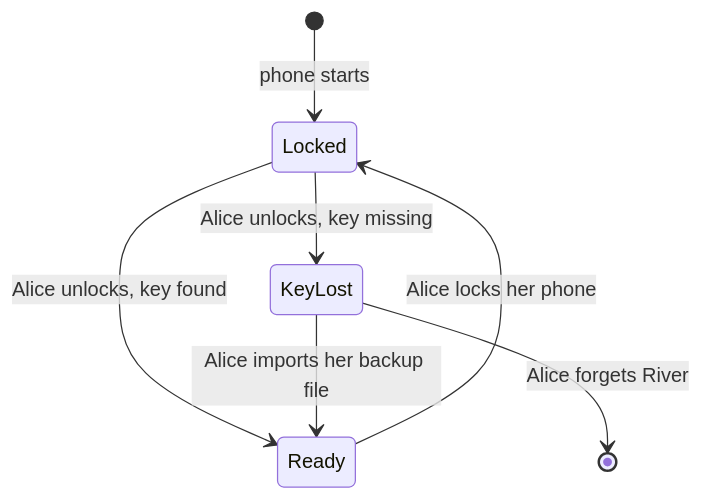
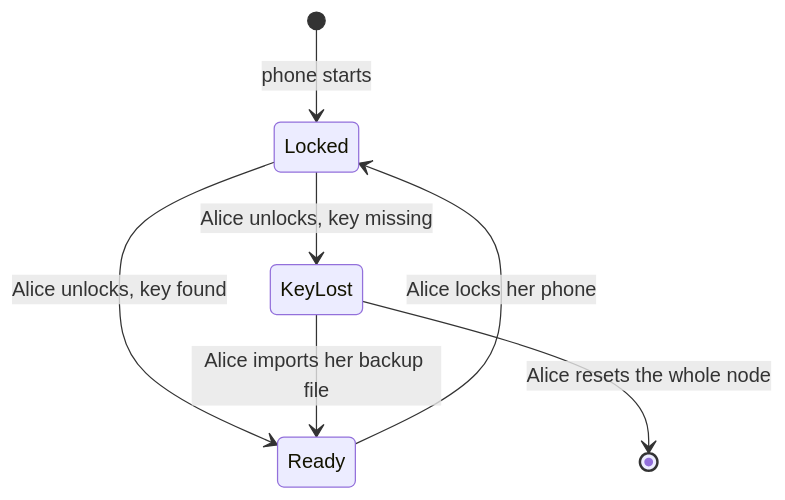
One commit to EVY-Platform/evy-freenet-plans changed the diagram in 1-freenet-mobile-appkit/05-identity.md. Above: the diagram before and after it, drawn with Mermaid. The commit also changed other lines of this file and 49 other files, not shown here.

````diff
--- a/1-freenet-mobile-appkit/05-identity.md
+++ b/1-freenet-mobile-appkit/05-identity.md
@@ -88,9 +88,9 @@
 ```mermaid
 stateDiagram-v2
     [*] --> Locked: phone starts
     Locked --> Ready: Alice unlocks, key found
     Locked --> KeyLost: Alice unlocks, key missing
     Ready --> Locked: Alice locks her phone
     KeyLost --> Ready: Alice imports her backup file
-    KeyLost --> [*]: Alice forgets River
+    KeyLost --> [*]: Alice resets the whole node
 ```
````
